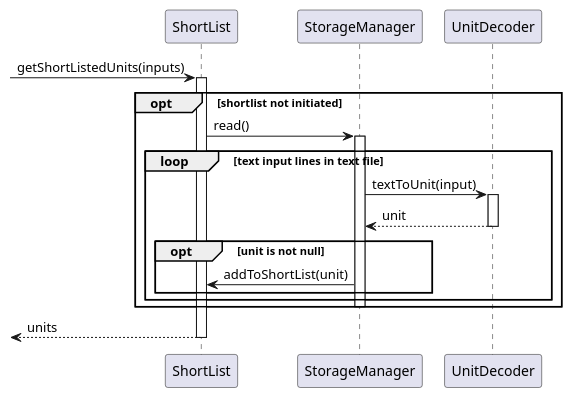
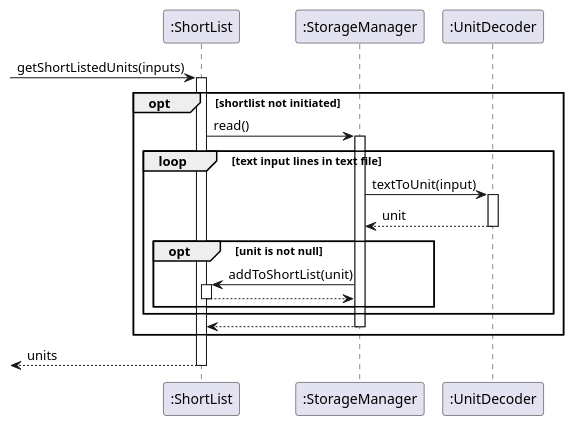
Before and after one commit to nus-cs2113-AY2021S2/tp: the diagram in docs/diagrams/StorageSequence.puml, drawn with PlantUML. The commit also changed 5 other files, not shown here.

Commit message:
Edit diagrams

```diff
--- a/docs/diagrams/StorageSequence.puml
+++ b/docs/diagrams/StorageSequence.puml
@@ -1,22 +1,26 @@
 @startuml
 'https://plantuml.com/sequence-diagram
 
-[-> ShortList: getShortListedUnits(inputs)
-activate ShortList
+[-> ":ShortList": getShortListedUnits(inputs)
+activate ":ShortList"
 opt shortlist not initiated
-    ShortList -> StorageManager: read()
-    activate StorageManager
+    ":ShortList" -> ":StorageManager": read()
+    activate ":StorageManager"
     loop text input lines in text file
-        StorageManager -> UnitDecoder: textToUnit(input)
-        activate UnitDecoder
-        StorageManager <-- UnitDecoder: unit
-        deactivate UnitDecoder
+        ":StorageManager" -> ":UnitDecoder": textToUnit(input)
+        activate ":UnitDecoder"
+        ":StorageManager" <-- ":UnitDecoder": unit
+        deactivate ":UnitDecoder"
         opt unit is not null
-            StorageManager -> ShortList: addToShortList(unit)
+            ":StorageManager" -> ":ShortList": addToShortList(unit)
+            activate ":ShortList"
+            ":ShortList" --> ":StorageManager"
+            deactivate ":ShortList"
         end
     end
-    deactivate StorageManager
+    ":ShortList" <-- ":StorageManager"
+    deactivate ":StorageManager"
 end
-[<-- ShortList: units
-deactivate ShortList
+[<-- ":ShortList": units
+deactivate ":ShortList"
 @enduml
```
